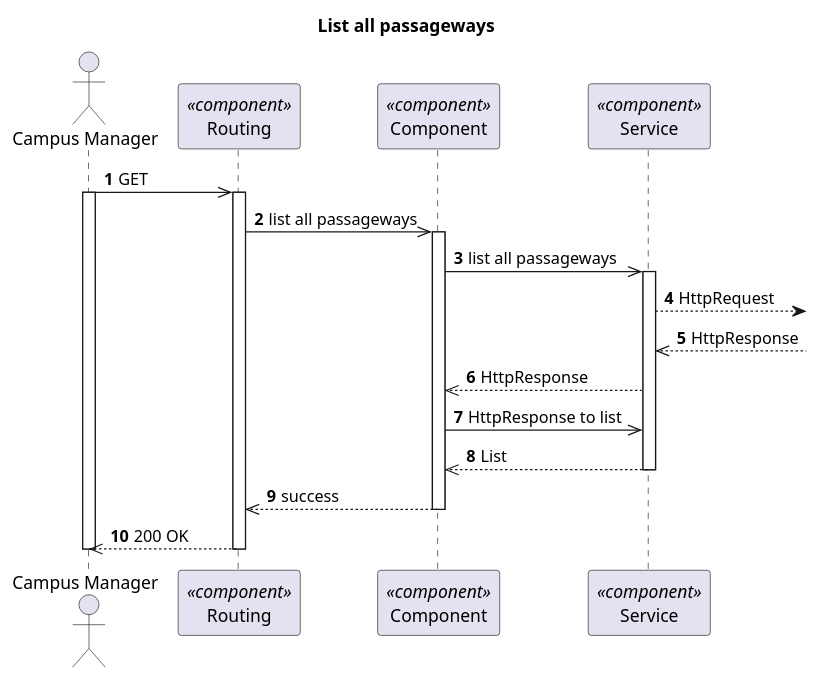
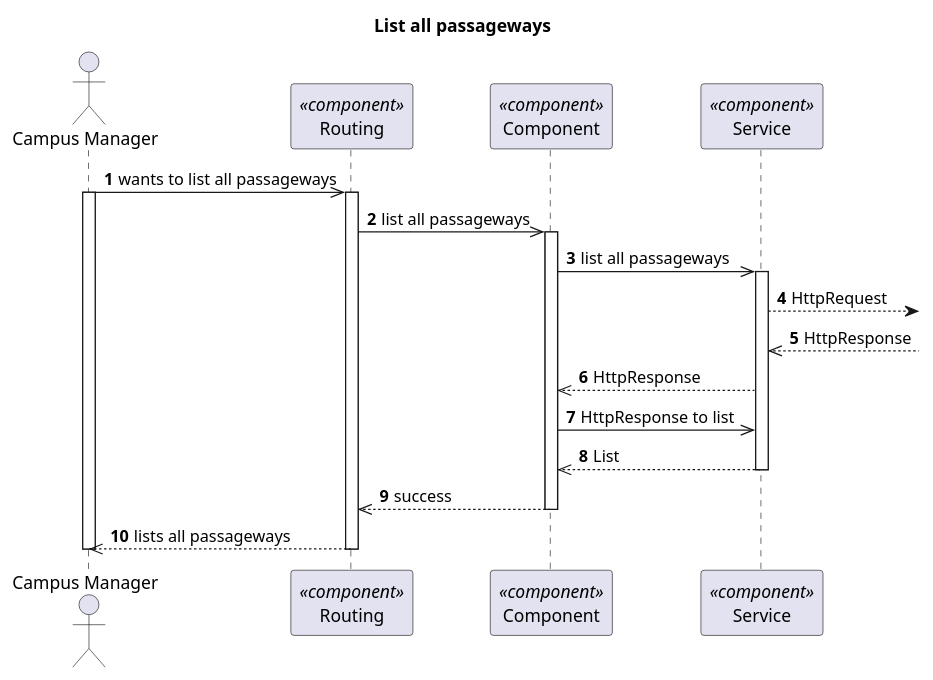
One commit to 1210910/lapr5 changed the diagram in docs/VistaProcesso/US260(1190)/Visualization/ProcessView_Level3_US1190.puml. Above: the diagram before and after it, drawn with PlantUML. The commit also changed 14 other files, not shown here.

Commit message:
Fixed diagrams (communication user/system)

```diff
--- a/docs/VistaProcesso/US260(1190)/Visualization/ProcessView_Level3_US1190.puml
+++ b/docs/VistaProcesso/US260(1190)/Visualization/ProcessView_Level3_US1190.puml
@@ -1,38 +1,38 @@
 @startuml Process View - Level 3 - List all passageways
 'https://plantuml.com/sequence-diagram
 
 autonumber
 skinparam packageStyle rect
 
 title List all passageways
 
 actor "Campus Manager" as CM
 participant "Routing" as routing <<component>>
 participant "Component" as comp <<component>>
 participant "Service" as service <<component>>
 
 
-CM->> routing : GET
+CM->> routing : wants to list all passageways
 activate CM
 activate routing
 routing ->> comp : list all passageways
 
 activate comp
 comp ->> service : list all passageways
 
 activate service
 service --> : HttpRequest
 service<<--  : HttpResponse
 comp <<-- service : HttpResponse
 comp ->> service: HttpResponse to list
 comp <<-- service : List
 deactivate service
 
 comp -->> routing : success
 deactivate comp
 
-CM<<-- routing : 200 OK
+CM<<-- routing : lists all passageways
 deactivate routing
 deactivate CM
 
 @enduml
```
